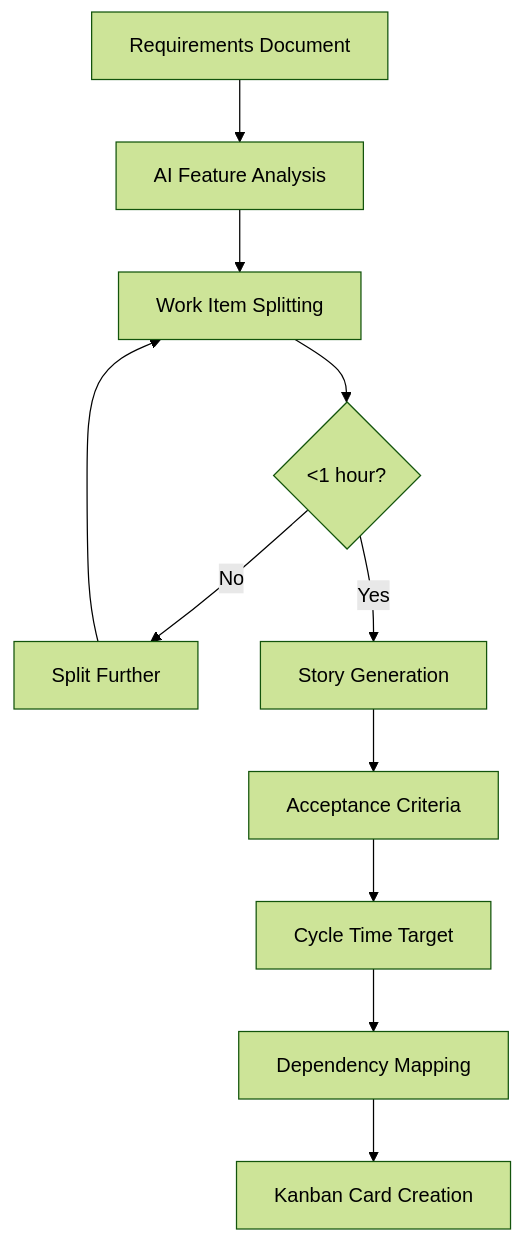
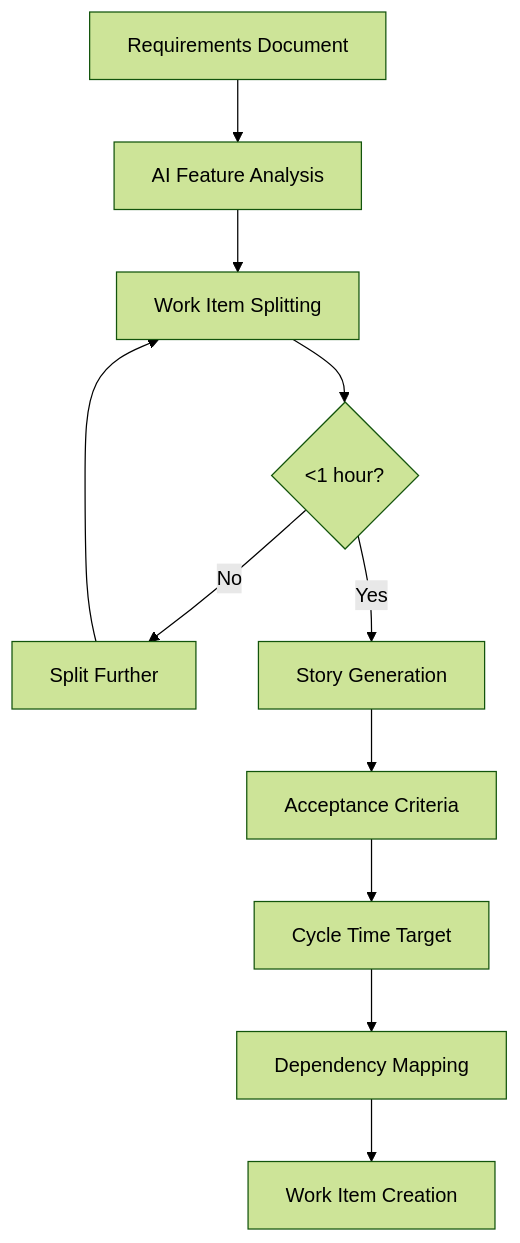
One commit to PaulDuvall/ai-development-patterns changed the seventh of 13 diagrams in README.md. Above: the diagram before and after it, drawn with Mermaid (forest theme). The commit also changed other lines of this file and 1 other file, not shown here.

First line of the commit message:
docs: make Kanban optional context in Issue Generation pattern

````diff
--- a/README.md
+++ b/README.md
@@ -640,13 +642,13 @@
 ```mermaid
 graph TD
     A[Requirements Document] --> B[AI Feature Analysis]
     B --> C[Work Item Splitting]
     C --> D{<1 hour?}
     D -->|No| E[Split Further]
     E --> C
     D -->|Yes| F[Story Generation]
     F --> G[Acceptance Criteria]
     G --> H[Cycle Time Target]
     H --> I[Dependency Mapping]
-    I --> J[Kanban Card Creation]
+    I --> J[Work Item Creation]
 ```
````
